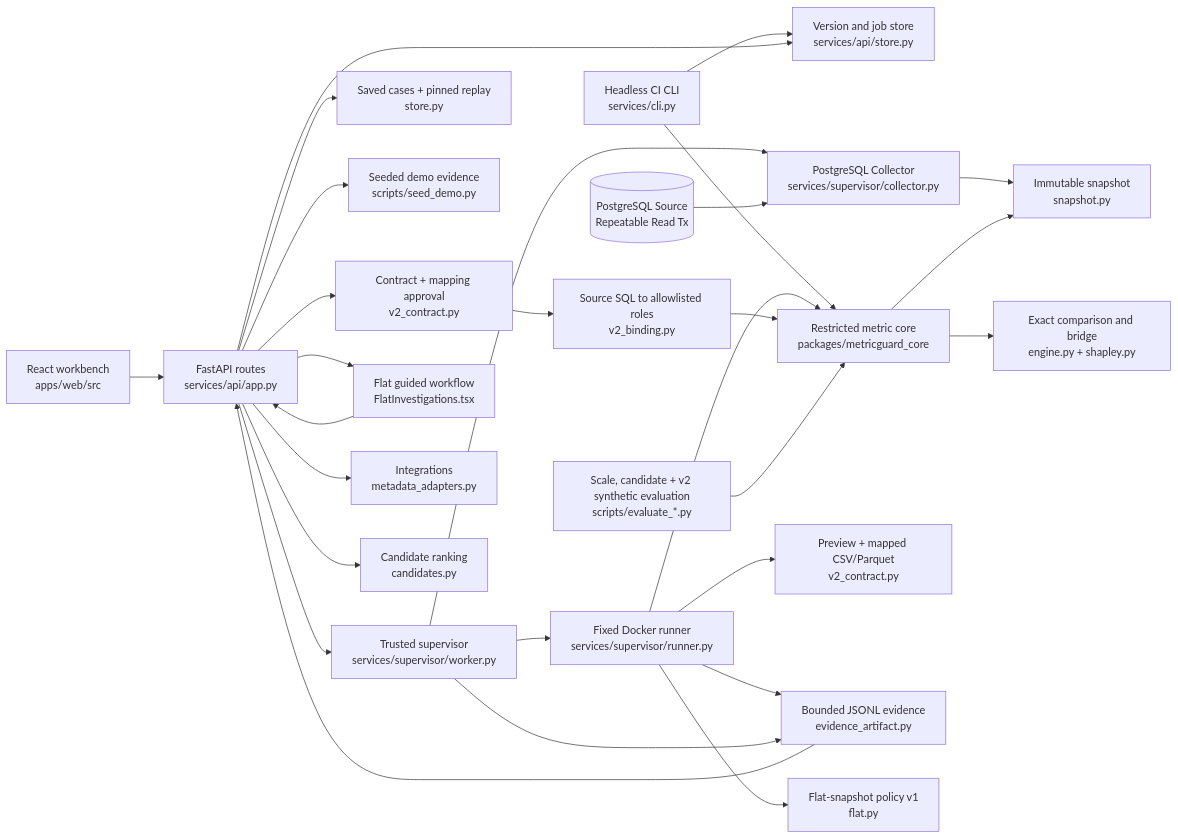
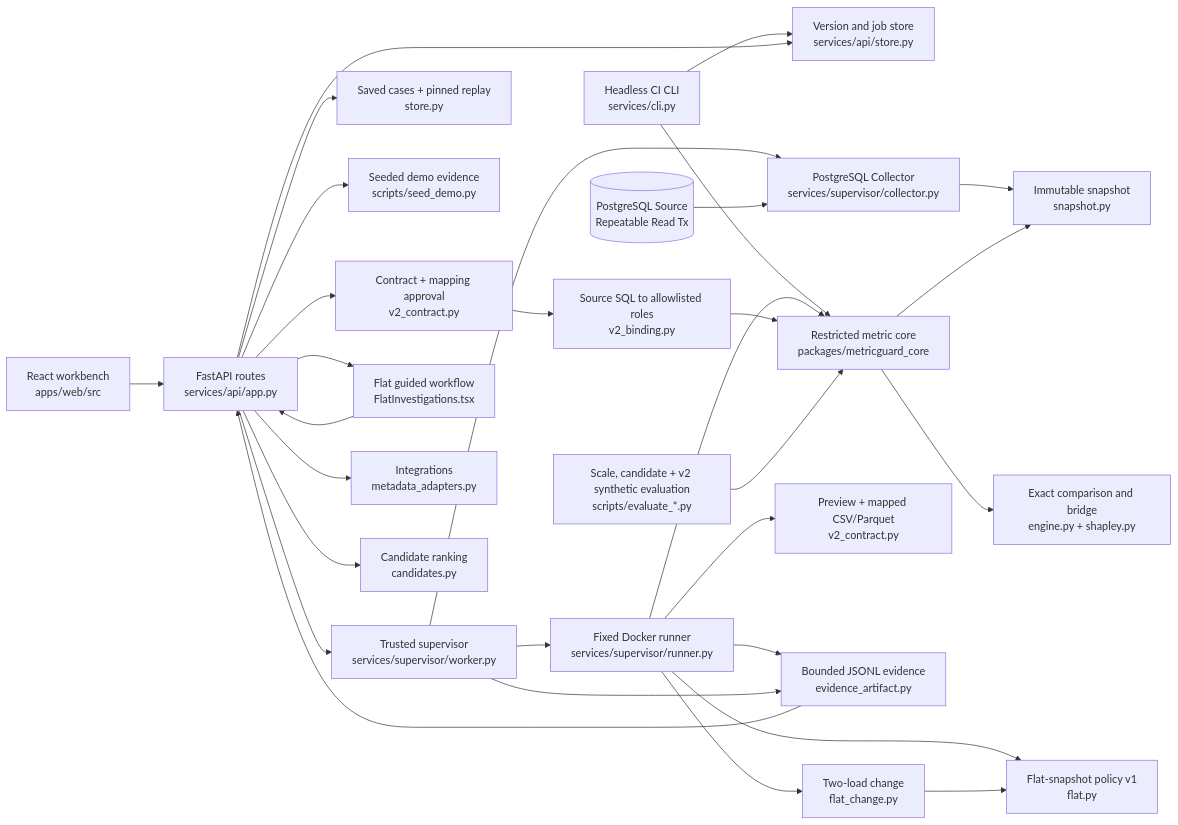
One commit to Adityabeecha/Metricguard changed the diagram in docs/project-graph.md. Above: the diagram before and after it, drawn with Mermaid. The commit also changed other lines of this file and 80 other files, not shown here.

First line of the commit message:
Distinct counts, ratios, two-load comparison and large datasets; runner scratch fix

````diff
--- a/docs/project-graph.md
+++ b/docs/project-graph.md
@@ -71,30 +79,32 @@
 ```mermaid
 flowchart LR
   UI["React workbench<br/>apps/web/src"] --> API["FastAPI routes<br/>services/api/app.py"]
   CLI["Headless CI CLI<br/>services/cli.py"] --> Store
   CLI --> Core
   API --> Store["Version and job store<br/>services/api/store.py"]
   API --> Contracts["Contract + mapping approval<br/>v2_contract.py"]
   API --> Cases["Saved cases + pinned replay<br/>store.py"]
   API --> Demo["Seeded demo evidence<br/>scripts/seed_demo.py"]
   API --> Supervisor["Trusted supervisor<br/>services/supervisor/worker.py"]
   Supervisor --> Collector["PostgreSQL Collector<br/>services/supervisor/collector.py"]
   PG[("PostgreSQL Source<br/>Repeatable Read Tx")] --> Collector
   Collector --> Snapshot
   Supervisor --> Runner["Fixed Docker runner<br/>services/supervisor/runner.py"]
   Runner --> Mapping["Preview + mapped CSV/Parquet<br/>v2_contract.py"]
   Runner --> Artifact["Bounded JSONL evidence<br/>evidence_artifact.py"]
   Supervisor --> Artifact
   Runner --> Core["Restricted metric core<br/>packages/metricguard_core"]
   Runner --> Flat["Flat-snapshot policy v1<br/>flat.py"]
+  Runner --> FlatChange["Two-load change<br/>flat_change.py"]
+  FlatChange --> Flat
   API --> FlatUI["Flat guided workflow<br/>FlatInvestigations.tsx"]
   FlatUI --> API
   Contracts --> Binder["Source SQL to allowlisted roles<br/>v2_binding.py"]
   Binder --> Core
   Core --> Snapshot["Immutable snapshot<br/>snapshot.py"]
   Core --> Engine["Exact comparison and bridge<br/>engine.py + shapley.py"]
   Artifact --> API
   API --> Adapters["Integrations<br/>metadata_adapters.py"]
   API --> Candidates["Candidate ranking<br/>candidates.py"]
   Eval["Scale, candidate + v2 synthetic evaluation<br/>scripts/evaluate_*.py"] --> Core
 ```
````
